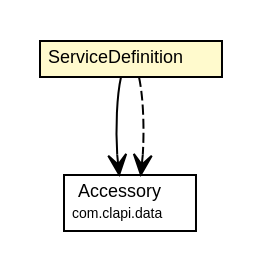
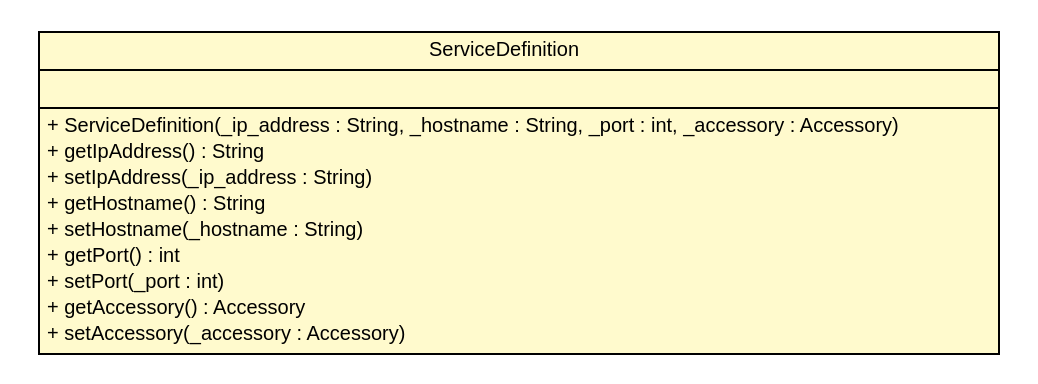
One commit to ericpinet/ConnectLife changed the diagram in javadoc/clapi/com/clapi/simulator/device/ServiceDefinition.dot. Above: the diagram before and after it, drawn with Graphviz. The commit also changed 432 other files, not shown here.

```diff
--- a/javadoc/clapi/com/clapi/simulator/device/ServiceDefinition.dot
+++ b/javadoc/clapi/com/clapi/simulator/device/ServiceDefinition.dot
@@ -1,29 +1,32 @@
 #!/usr/local/bin/dot
 #
 # Class diagram 
 # Generated by UMLGraph version 5.1 (http://www.umlgraph.org/)
 #
 
 digraph G {
 	edge [fontname="Helvetica",fontsize=10,labelfontname="Helvetica",labelfontsize=10];
 	node [fontname="Helvetica",fontsize=10,shape=plaintext];
 	nodesep=0.25;
 	ranksep=0.5;
 	// com.clapi.simulator.device.ServiceDefinition
-	c69 [label=<<table title="com.clapi.simulator.device.ServiceDefinition" border="0" cellborder="1" cellspacing="0" cellpadding="2" port="p" bgcolor="lemonChiffon" href="./ServiceDefinition.html">
+	c67 [label=<<table title="com.clapi.simulator.device.ServiceDefinition" border="0" cellborder="1" cellspacing="0" cellpadding="2" port="p" bgcolor="lemonChiffon" href="./ServiceDefinition.html">
 		<tr><td><table border="0" cellspacing="0" cellpadding="1">
 <tr><td align="center" balign="center"> ServiceDefinition </td></tr>
 		</table></td></tr>
-		</table>>, fontname="Helvetica", fontcolor="black", fontsize=9.0];
-	// com.clapi.data.Accessory
-	c78 [label=<<table title="com.clapi.data.Accessory" border="0" cellborder="1" cellspacing="0" cellpadding="2" port="p" href="../../data/Accessory.html">
 		<tr><td><table border="0" cellspacing="0" cellpadding="1">
-<tr><td align="center" balign="center"> Accessory </td></tr>
-<tr><td align="center" balign="center"><font point-size="7.0"> com.clapi.data </font></td></tr>
+<tr><td align="left" balign="left">  </td></tr>
 		</table></td></tr>
-		</table>>, fontname="Helvetica", fontcolor="black", fontsize=9.0];
-	// com.clapi.simulator.device.ServiceDefinition NAVASSOC com.clapi.data.Accessory
-	c69:p -> c78:p [taillabel="", label="", headlabel="", fontname="Helvetica", fontcolor="black", fontsize=10.0, color="black", arrowhead=open];
-	// com.clapi.simulator.device.ServiceDefinition DEPEND com.clapi.data.Accessory
-	c69:p -> c78:p [taillabel="", label="", headlabel="", fontname="Helvetica", fontcolor="black", fontsize=10.0, color="black", arrowhead=open, style=dashed];
+		<tr><td><table border="0" cellspacing="0" cellpadding="1">
+<tr><td align="left" balign="left"> + ServiceDefinition(_ip_address : String, _hostname : String, _port : int, _accessory : Accessory) </td></tr>
+<tr><td align="left" balign="left"> + getIpAddress() : String </td></tr>
+<tr><td align="left" balign="left"> + setIpAddress(_ip_address : String) </td></tr>
+<tr><td align="left" balign="left"> + getHostname() : String </td></tr>
+<tr><td align="left" balign="left"> + setHostname(_hostname : String) </td></tr>
+<tr><td align="left" balign="left"> + getPort() : int </td></tr>
+<tr><td align="left" balign="left"> + setPort(_port : int) </td></tr>
+<tr><td align="left" balign="left"> + getAccessory() : Accessory </td></tr>
+<tr><td align="left" balign="left"> + setAccessory(_accessory : Accessory) </td></tr>
+		</table></td></tr>
+		</table>>, fontname="Helvetica", fontcolor="black", fontsize=10.0];
 }
```
